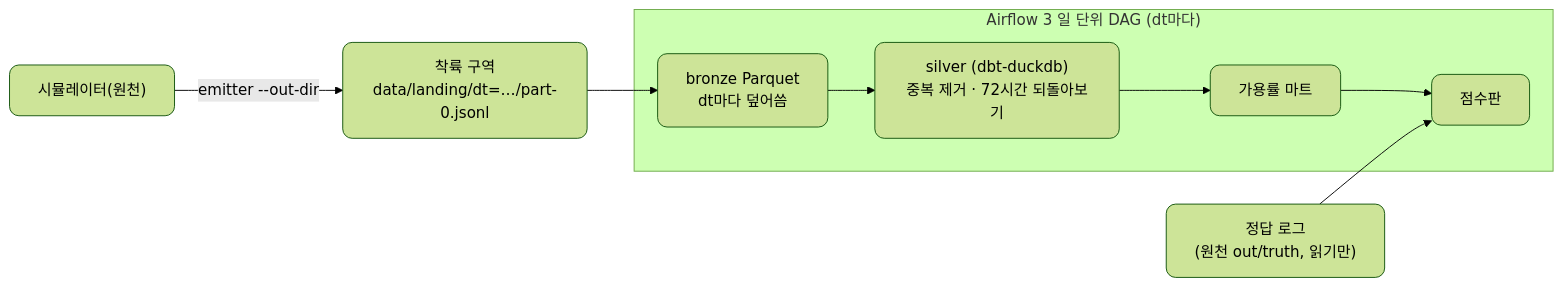
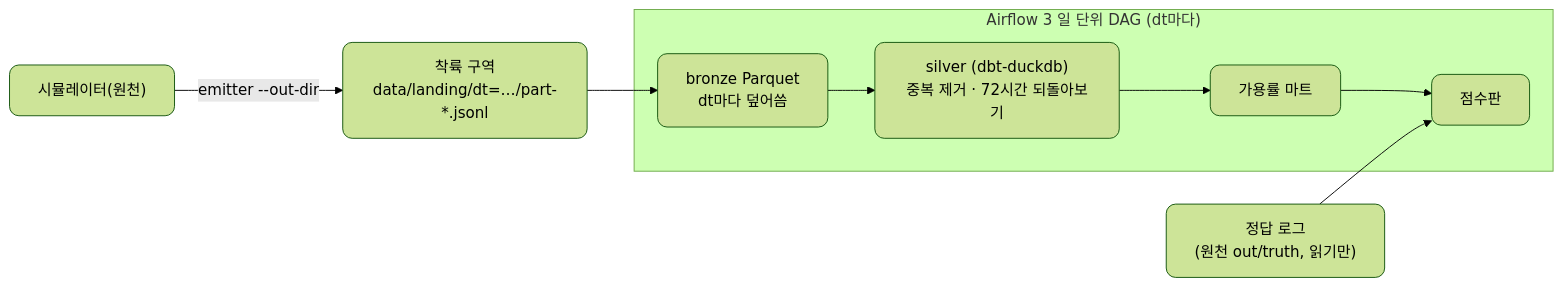
Before and after one commit to loozy5331/virtual-shipyard-data-platform: the second of 2 diagrams in docs/development-plan.md, drawn with Mermaid (forest theme). The commit also changed other lines of this file and 3 other files, not shown here.

````diff
--- a/docs/development-plan.md
+++ b/docs/development-plan.md
@@ -45,15 +45,15 @@
 ```mermaid
 flowchart LR
-    sim["시뮬레이터(원천)"] -->|"emitter --out-dir"| landing["착륙 구역<br/>data/landing/dt=…/part-0.jsonl"]
+    sim["시뮬레이터(원천)"] -->|"emitter --out-dir"| landing["착륙 구역<br/>data/landing/dt=…/part-*.jsonl"]
 
     subgraph airflow["Airflow 3 일 단위 DAG (dt마다)"]
         bronze["bronze Parquet<br/>dt마다 덮어씀"] --> silver["silver (dbt-duckdb)<br/>중복 제거 · 72시간 되돌아보기"]
         silver --> gold["가용률 마트"]
         gold --> score["점수판"]
     end
 
     landing --> bronze
     truth["정답 로그<br/>(원천 out/truth, 읽기만)"] --> score
 
     classDef default rx:10,ry:10
 ```
````
